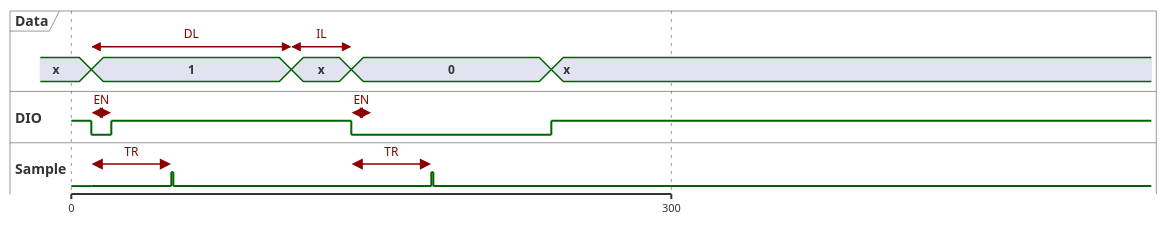
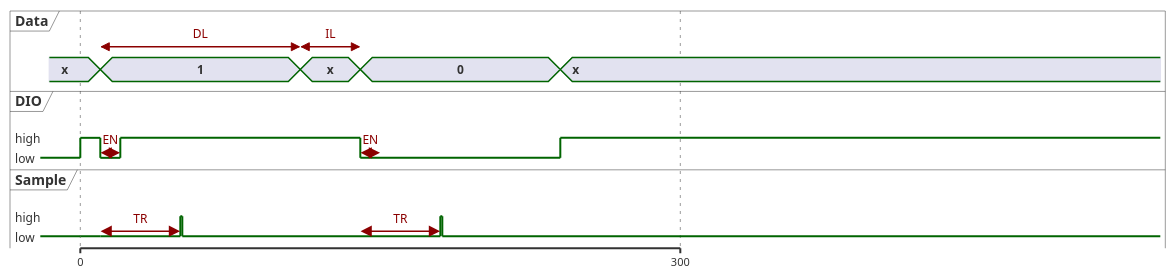
The diagram in documents/images/one_wire.plantuml (pimium/pic16f54-7-segments-display), drawn with PlantUML before and after one commit. The commit also changed 7 other files, not shown here.

```diff
--- a/documents/images/one_wire.plantuml
+++ b/documents/images/one_wire.plantuml
@@ -1,58 +1,58 @@
 @startuml
 'clock clk with period 5
 concise "Data" as db
-binary "DIO" as dio
-binary "Sample" as st
+robust "DIO" as dio
+robust "Sample" as st
 
 db is x
 st is low
-dio is high
+dio is low
 
 scale 300 as 600 pixels
 
 @0
 dio is high
 st is low
 
 @+10
 dio is low
 st is low
 db is 1
 @db
 @+0 <-> @+100 : DL
 @st
 @+0 <-> @+40 : TR
 @dio
 @+0 <-> @+10 : EN
 
 @+10
 dio is high
 
 
 @+30
 st is high
 @+1
 st is low
 
 @+59
 db is x
 @db
 @+0 <-> @+30 : IL
 
 @+30
 dio is low
 db is 0
 @st
 @+0 <-> @+40 : TR
 @dio
 @+0 <-> @+10 : EN
 
 @+40
 st is high
 @+1
 st is low
 
 @+59
 dio is high
 db is x
 @enduml
```
